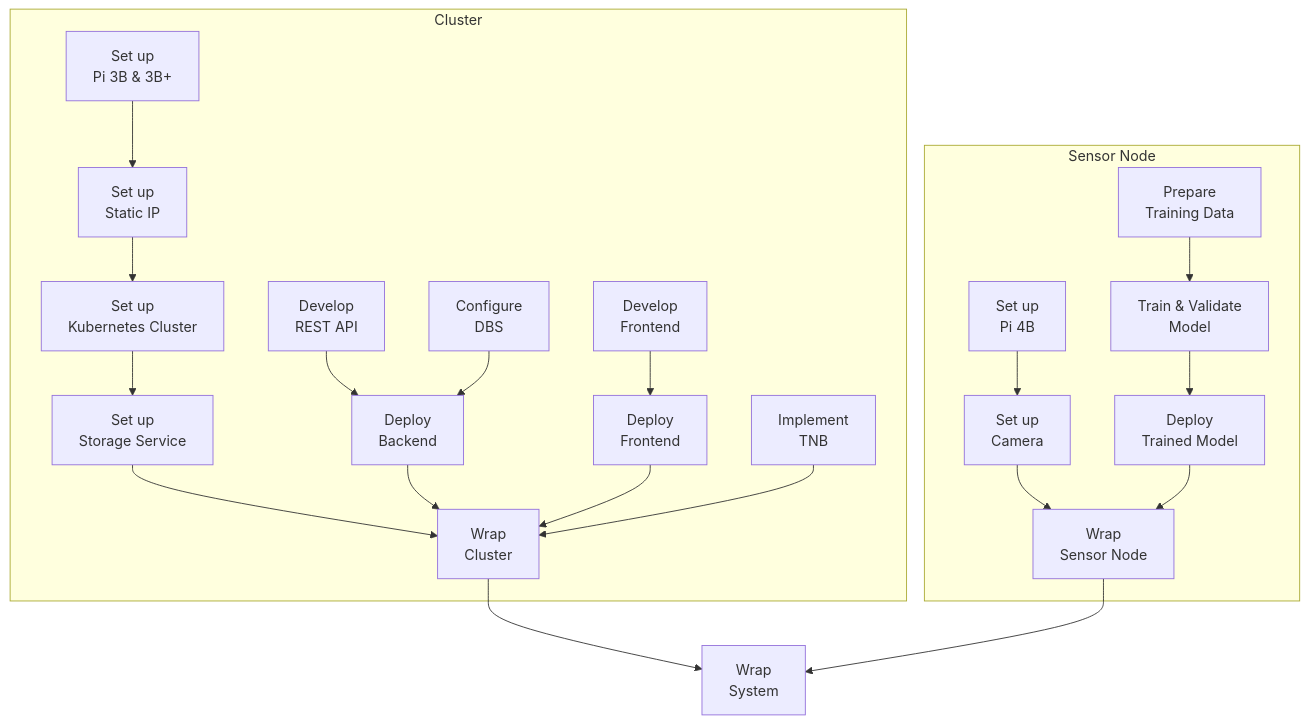
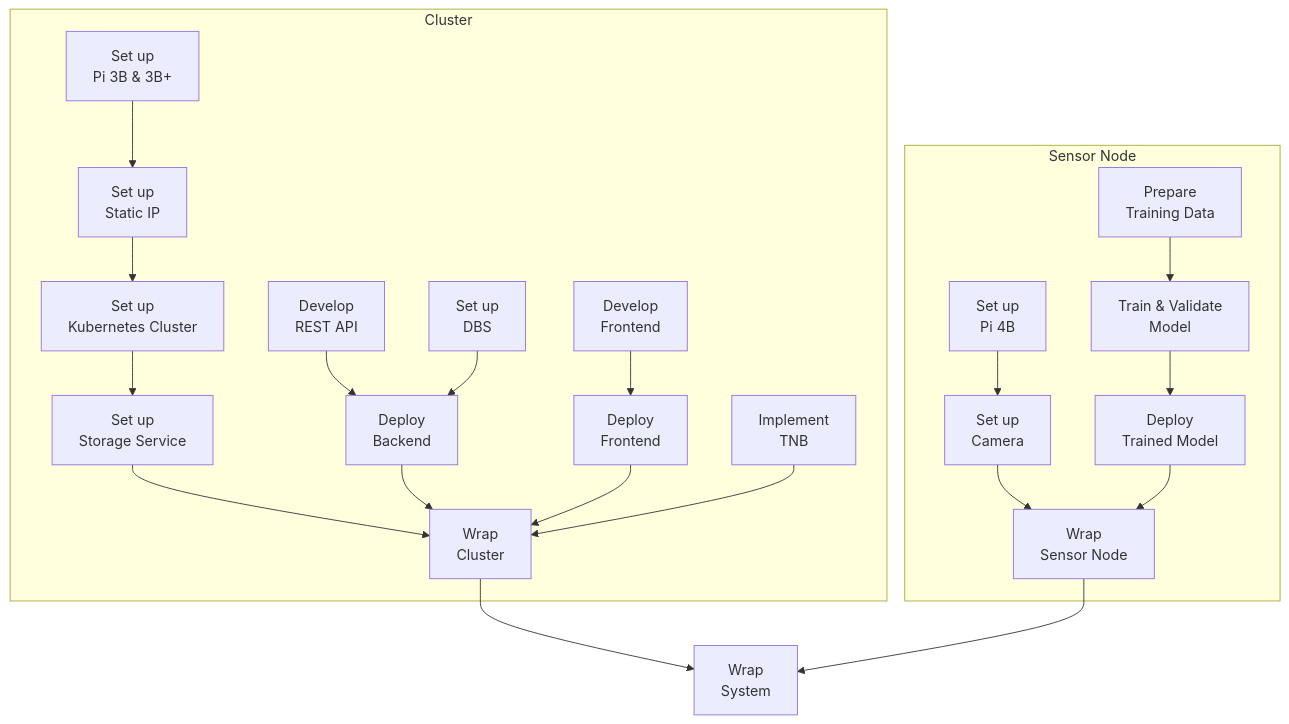
Before and after one commit to ccfrauasgr2/pet-detection: the third of 3 diagrams in docs/Group_2_SS23_ProjectReport.md, drawn with Mermaid. The commit also changed other lines of this file, not shown here.

````diff
--- a/docs/Group_2_SS23_ProjectReport.md
+++ b/docs/Group_2_SS23_ProjectReport.md
@@ -141,48 +141,48 @@
 ```mermaid
 flowchart TD
     
     subgraph Sensor Node
     id11[Set up\nPi 4B]
     id12[Set up\nCamera]
     id13[Prepare\nTraining Data]
     id14[Train & Validate\nModel]
     id15[Deploy\nTrained Model]
     id16[Wrap\nSensor Node]
     
     id11 --> id12
     id13 --> id14 --> id15
     id12 & id15 --> id16
     end
         
     subgraph Cluster
     id21[Set up\nPi 3B & 3B+]
     id22[Set up\nStatic IP]
     id23[Set up\nKubernetes Cluster]
     id24[Set up\nStorage Service]
     id25[Develop\nREST API]
     id26[Deploy\nBackend]
-    id27[Configure\nDBS]
+    id27[Set up\nDBS]
     
 
     id21 --> id22 --> id23 --> id24
     id25 & id27 --> id26
         
     id31[Develop\nFrontend]
     id32[Deploy\nFrontend]
     id33[Implement\nTNB]
 
     id31 --> id32
 
     id41[Wrap\nCluster]
     end
 
     
     id51[Wrap\nSystem]
 
     id24  & id26 & id32 & id33 --> id41
     id41 & id16 --> id51
     
 
    
 
 ```
````
